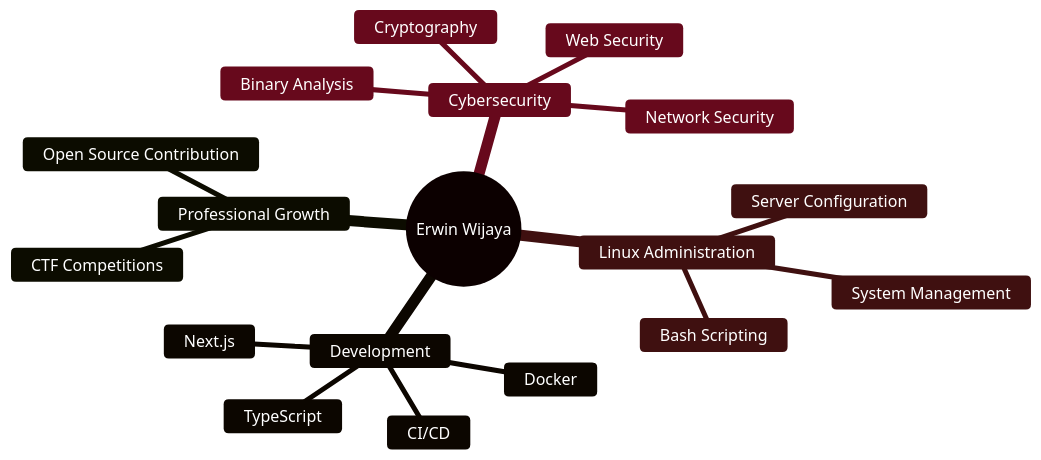
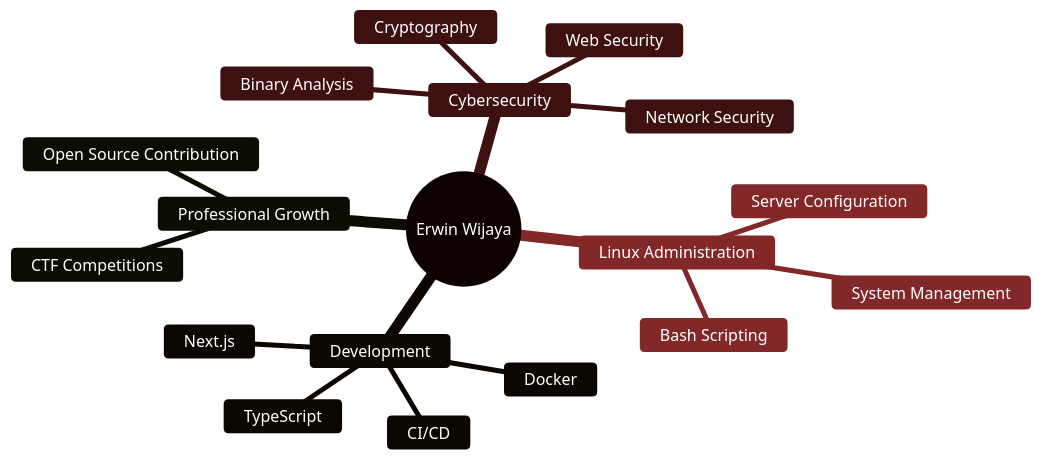
Before and after one commit to Romm31/Romm31: the diagram in README.md, drawn with Mermaid. The commit also changed other lines of this file, not shown here.

````diff
--- a/README.md
+++ b/README.md
@@ -194,22 +202,22 @@
 ```mermaid
-%%{init: {'theme':'base', 'themeVariables': {'primaryColor':'#8B0000','primaryTextColor':'#ffffff','primaryBorderColor':'#DC143C','lineColor':'#8B0000','secondaryColor':'#DC143C','tertiaryColor':'#A52A2A','background':'#ffffff','mainBkg':'#8B0000','secondBkg':'#DC143C','tertiaryBkg':'#A52A2A','textColor':'#ffffff','border1':'#8B0000','border2':'#DC143C'}}}%%
+%%{init: {'theme':'base', 'themeVariables': {'primaryColor':'#8B0000','primaryTextColor':'#ffffff','primaryBorderColor':'#DC143C','lineColor':'#DC143C','secondaryColor':'#A52A2A','tertiaryColor':'#CD5C5C','noteBkgColor':'#8B0000','noteTextColor':'#ffffff','mainBkg':'#8B0000','secondBkg':'#A52A2A','lineColor':'#DC143C','border1':'#DC143C','border2':'#DC143C','clusterBkg':'#8B0000','clusterBorder':'#DC143C','titleColor':'#ffffff','edgeLabelBackground':'#8B0000','nodeTextColor':'#ffffff'}}}%%
 mindmap
   root((Erwin Wijaya))
     Cybersecurity
       Web Security
       Cryptography
       Binary Analysis
       Network Security
     Linux Administration
       System Management
       Bash Scripting
       Server Configuration
     Development
       Next.js
       TypeScript
       Docker
       CI/CD
     Professional Growth
       CTF Competitions
       Open Source Contribution
 ```
````
